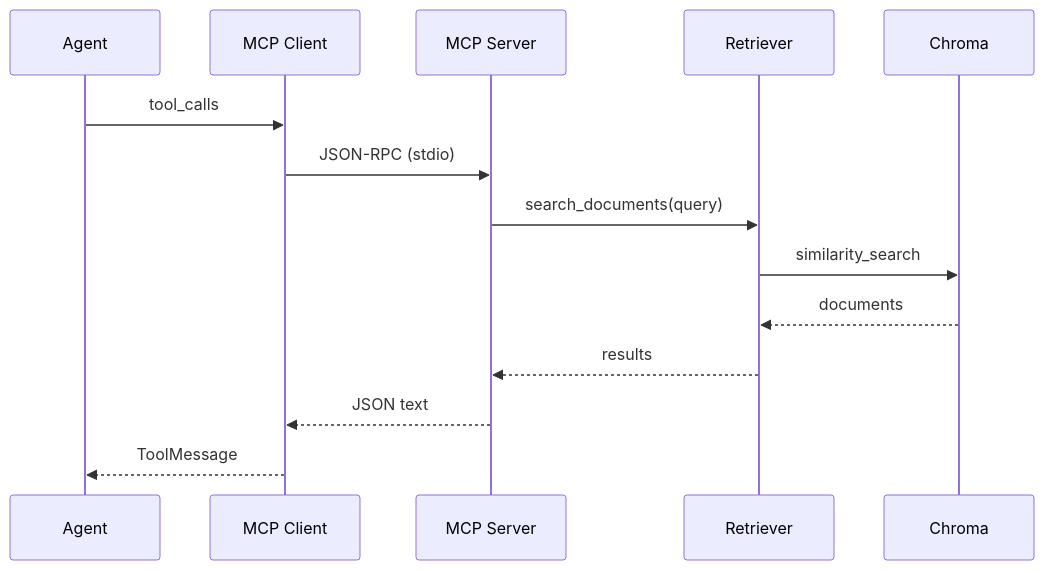
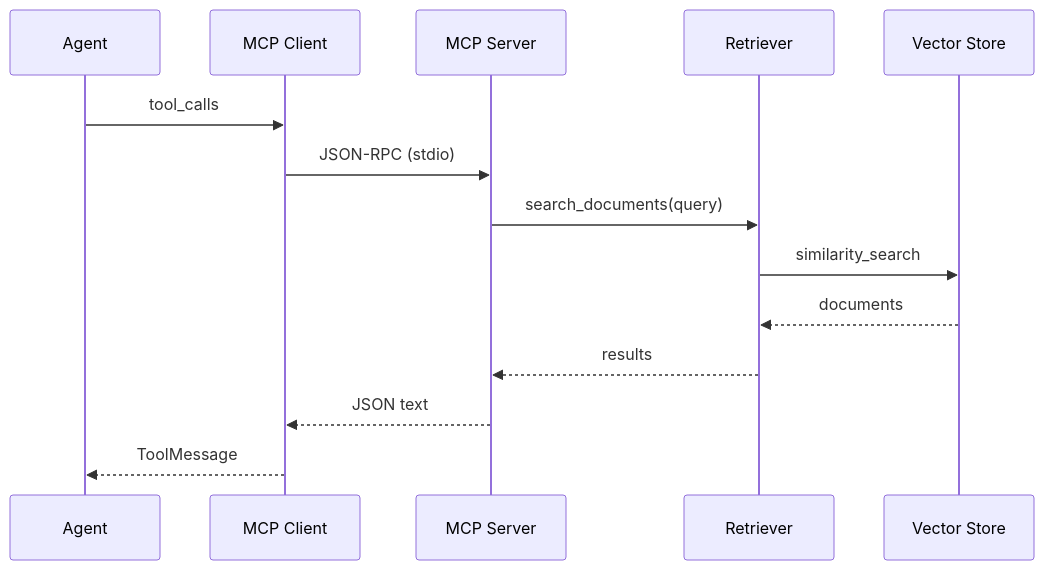
Before and after one commit to haomj/personal-knowledge-agent: the third of 6 diagrams in docs/architecture.md, drawn with Mermaid. The commit also changed other lines of this file and 16 other files, not shown here.

````diff
--- a/docs/architecture.md
+++ b/docs/architecture.md
@@ -102,17 +103,17 @@
 ```mermaid
 sequenceDiagram
     participant A as Agent
     participant C as MCP Client
     participant S as MCP Server
     participant R as Retriever
-    participant C2 as Chroma
+    participant C2 as Vector Store
 
     A->>C: tool_calls
     C->>S: JSON-RPC (stdio)
     S->>R: search_documents(query)
     R->>C2: similarity_search
     C2-->>R: documents
     R-->>S: results
     S-->>C: JSON text
     C-->>A: ToolMessage
 ```
````
